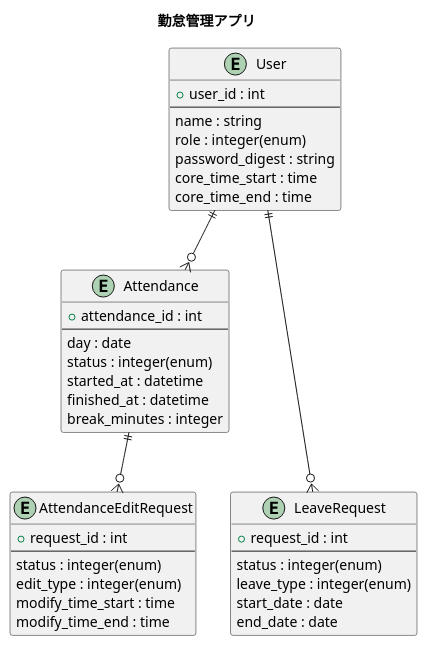
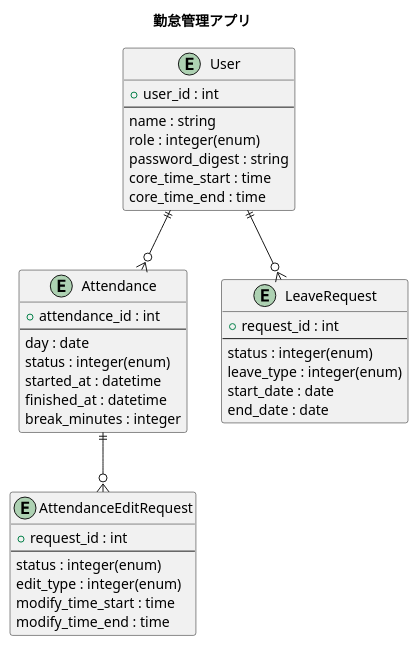
The diagram in docs/ER図.pu (yu-suke0919/kintai-worktime), drawn with PlantUML before and after one commit.

Commit message:
ER図を修正

```diff
--- a/docs/ER図.pu
+++ b/docs/ER図.pu
@@ -1,47 +1,47 @@
 @startuml
 title 勤怠管理アプリ
 
 entity User {
   + user_id : int
   --
   name : string
   role : integer(enum)
   password_digest : string
   core_time_start : time
   core_time_end : time
 }
 
 entity Attendance {
   + attendance_id : int
   --
   day : date
   status : integer(enum)
   started_at : datetime
   finished_at : datetime
   break_minutes : integer
 }
 
 entity AttendanceEditRequest{
   + request_id : int
   --
   status : integer(enum)
   edit_type : integer(enum)
   modify_time_start : time
   modify_time_end : time
 }
 
 entity LeaveRequest{
   + request_id : int
   --
   status : integer(enum)
   leave_type : integer(enum)
   start_date : date
   end_date : date
 }
 
 User ||--o{ Attendance
-User ||---o{ LeaveRequest
+User ||--o{ LeaveRequest
 Attendance ||--o{ AttendanceEditRequest
 
 
 @enduml
```
